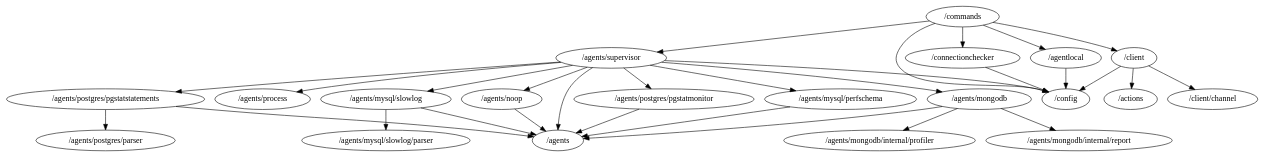
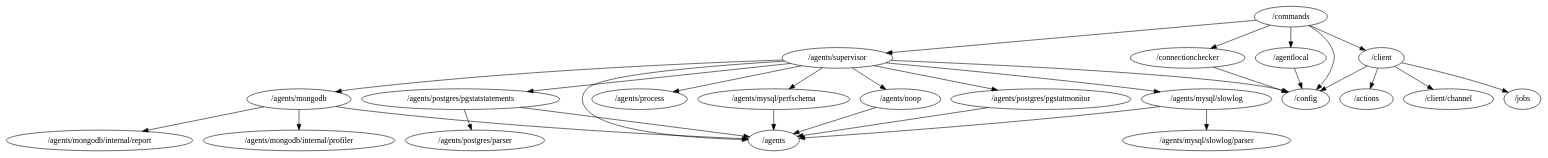
One commit to percona/pmm changed the diagram in packages.dot. Above: the diagram before and after it, drawn with Graphviz. The commit also changed 9 other files, not shown here.

```diff
--- a/packages.dot
+++ b/packages.dot
@@ -1,31 +1,32 @@
 digraph packages {
 	"/agentlocal" -> "/config";
 	"/agents/mongodb" -> "/agents";
 	"/agents/mongodb" -> "/agents/mongodb/internal/profiler";
 	"/agents/mongodb" -> "/agents/mongodb/internal/report";
 	"/agents/mysql/perfschema" -> "/agents";
 	"/agents/mysql/slowlog" -> "/agents";
 	"/agents/mysql/slowlog" -> "/agents/mysql/slowlog/parser";
 	"/agents/noop" -> "/agents";
 	"/agents/postgres/pgstatmonitor" -> "/agents";
 	"/agents/postgres/pgstatstatements" -> "/agents";
 	"/agents/postgres/pgstatstatements" -> "/agents/postgres/parser";
 	"/agents/supervisor" -> "/agents";
 	"/agents/supervisor" -> "/agents/mongodb";
 	"/agents/supervisor" -> "/agents/mysql/perfschema";
 	"/agents/supervisor" -> "/agents/mysql/slowlog";
 	"/agents/supervisor" -> "/agents/noop";
 	"/agents/supervisor" -> "/agents/postgres/pgstatmonitor";
 	"/agents/supervisor" -> "/agents/postgres/pgstatstatements";
 	"/agents/supervisor" -> "/agents/process";
 	"/agents/supervisor" -> "/config";
 	"/client" -> "/actions";
 	"/client" -> "/client/channel";
 	"/client" -> "/config";
+	"/client" -> "/jobs";
 	"/commands" -> "/agentlocal";
 	"/commands" -> "/agents/supervisor";
 	"/commands" -> "/client";
 	"/commands" -> "/config";
 	"/commands" -> "/connectionchecker";
 	"/connectionchecker" -> "/config";
 }
```
